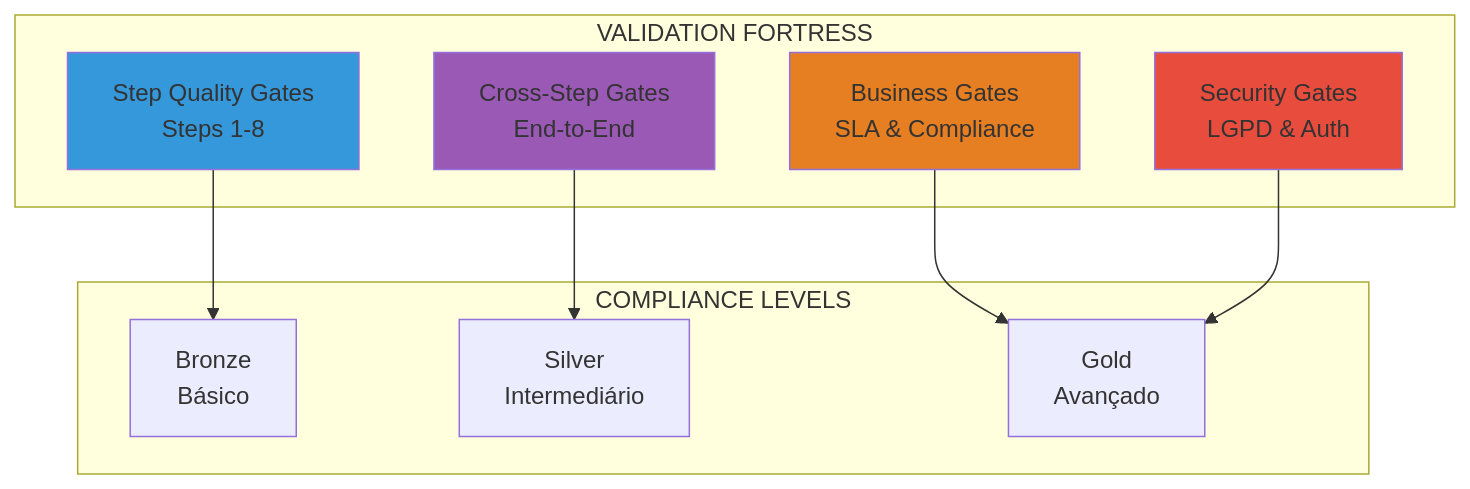
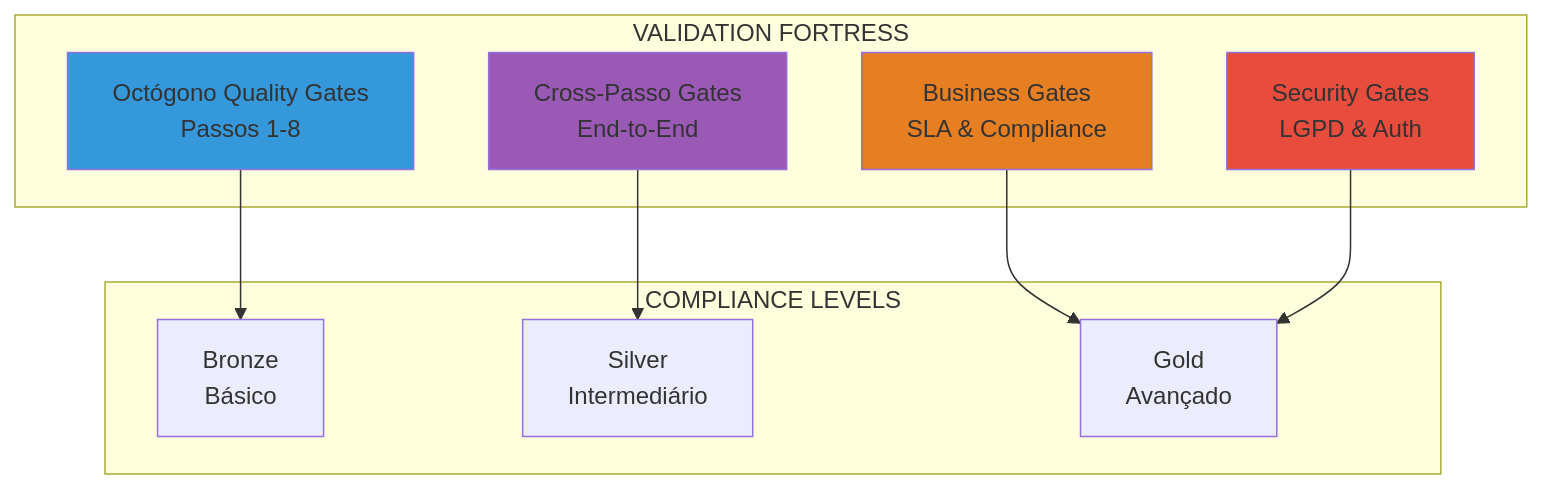
One commit to Bitfy-AI/documentacao changed the diagram in protocolo/componentes/QUALITY-GATES-SPECIFICATION.md. Above: the diagram before and after it, drawn with Mermaid. The commit also changed other lines of this file and 17 other files, not shown here.

````diff
--- a/protocolo/componentes/QUALITY-GATES-SPECIFICATION.md
+++ b/protocolo/componentes/QUALITY-GATES-SPECIFICATION.md
@@ -22,25 +22,25 @@
 ```mermaid
 graph TB
     subgraph "VALIDATION FORTRESS"
-        QG1[Step Quality Gates<br/>Steps 1-8]
-        QG2[Cross-Step Gates<br/>End-to-End]
+        QG1[Octógono Quality Gates<br/>Passos 1-8]
+        QG2[Cross-Passo Gates<br/>End-to-End]
         QG3[Business Gates<br/>SLA & Compliance]
         QG4[Security Gates<br/>LGPD & Auth]
     end
 
     subgraph "COMPLIANCE LEVELS"
         L1[Bronze<br/>Básico]
         L2[Silver<br/>Intermediário]
         L3[Gold<br/>Avançado]
     end
 
     QG1 --> L1
     QG2 --> L2
     QG3 --> L3
     QG4 --> L3
 
     style QG1 fill:#3498DB
     style QG2 fill:#9B59B6
     style QG3 fill:#E67E22
     style QG4 fill:#E74C3C
 ```
````
